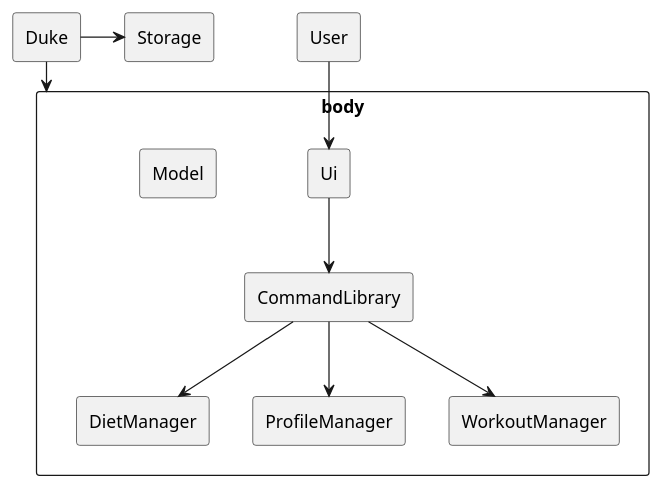
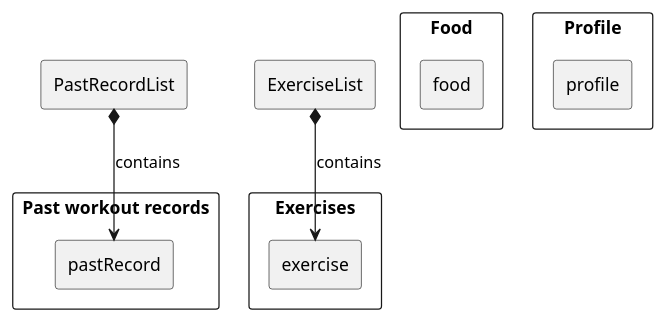
One commit to zsk612/tp changed the diagram in docs/pictures/zesong/model.puml. Above: the diagram before and after it, drawn with PlantUML. The commit also changed 7 other files, not shown here.

```diff
--- a/docs/pictures/zesong/model.puml
+++ b/docs/pictures/zesong/model.puml
@@ -1,26 +1,25 @@
 @startuml
-rectangle "User" {
+
+rectangle  "PastRecordList" {
+}
+rectangle  "Past workout records" {
+rectangle "pastRecord"
 }
 
-rectangle  "body" {
-rectangle "Ui"
-rectangle "CommandLibrary"
-rectangle "Model"
-rectangle "DietManager"
-rectangle "ProfileManager"
-rectangle "WorkoutManager"
+rectangle  "Food" {
+rectangle "food"
 }
 
-Ui --> CommandLibrary
-CommandLibrary -down-> ProfileManager
-CommandLibrary -down-> DietManager
-CommandLibrary -down-> WorkoutManager
+rectangle  "Exercises" {
+rectangle "exercise"
+}
 
-rectangle "Storage" {
+rectangle  "ExerciseList" {
 }
-rectangle "Duke" {
+
+rectangle  "Profile" {
+rectangle "profile"
 }
-User -down-> Ui
-Duke -> Storage
-Duke -down->  body
+PastRecordList *--> pastRecord: contains
+ExerciseList *--> exercise: contains
 @enduml
```
